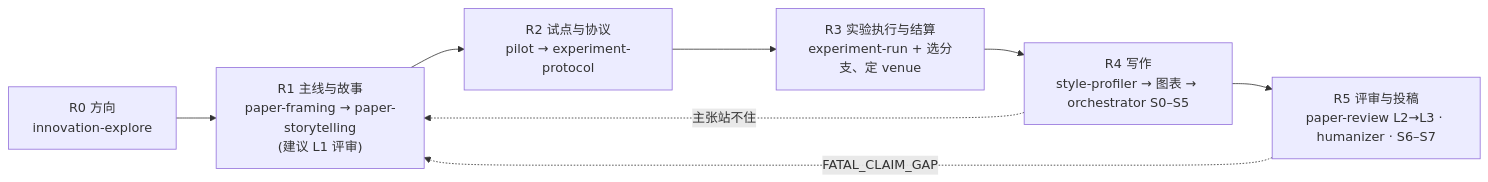
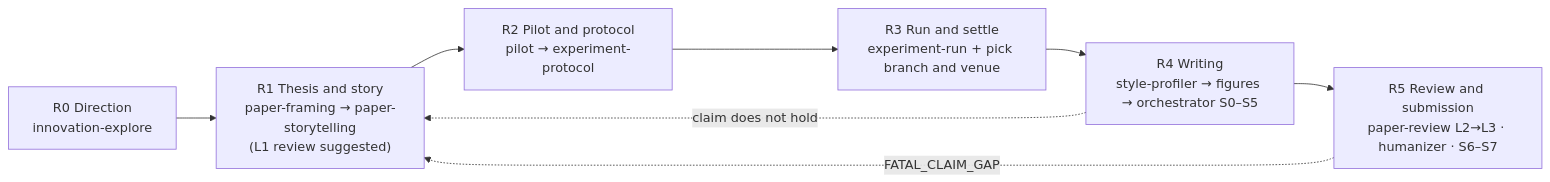
One commit to unravel11/research-paper-skills changed the diagram in README.md. Above: the diagram before and after it, drawn with Mermaid. The commit also changed other lines of this file and 3 other files, not shown here.

````diff
--- a/README.md
+++ b/README.md
@@ -12,10 +36,10 @@
 ```mermaid
 flowchart LR
-  R0["R0 方向<br/>innovation-explore"] --> R1["R1 主线与故事<br/>paper-framing → paper-storytelling<br/>(建议 L1 评审)"]
-  R1 --> R2["R2 试点与协议<br/>pilot → experiment-protocol"]
-  R2 --> R3["R3 实验执行与结算<br/>experiment-run + 选分支、定 venue"]
-  R3 --> R4["R4 写作<br/>style-profiler → 图表 → orchestrator S0–S5"]
-  R4 --> R5["R5 评审与投稿<br/>paper-review L2→L3 · humanizer · S6–S7"]
-  R4 -. 主张站不住 .-> R1
+  R0["R0 Direction<br/>innovation-explore"] --> R1["R1 Thesis and story<br/>paper-framing → paper-storytelling<br/>(L1 review suggested)"]
+  R1 --> R2["R2 Pilot and protocol<br/>pilot → experiment-protocol"]
+  R2 --> R3["R3 Run and settle<br/>experiment-run + pick branch and venue"]
+  R3 --> R4["R4 Writing<br/>style-profiler → figures → orchestrator S0–S5"]
+  R4 --> R5["R5 Review and submission<br/>paper-review L2→L3 · humanizer · S6–S7"]
+  R4 -. claim does not hold .-> R1
   R5 -. FATAL_CLAIM_GAP .-> R1
 ```
````
